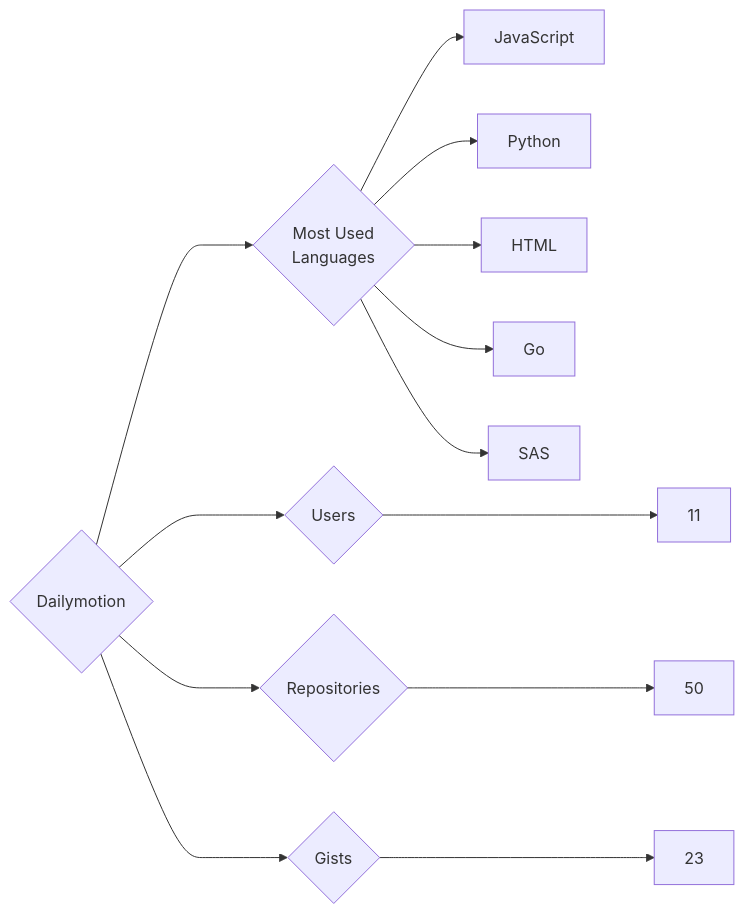
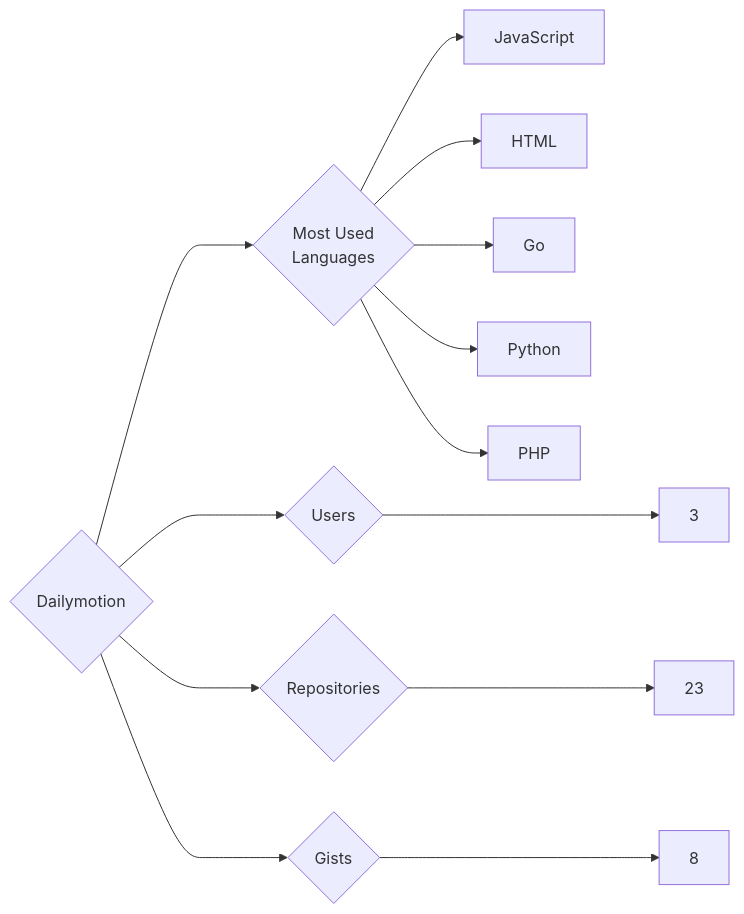
One commit to trickest/insiders changed the diagram in targets/Dailymotion/README.md. Above: the diagram before and after it, drawn with Mermaid. The commit also changed 681 other files, not shown here.

````diff
--- a/targets/Dailymotion/README.md
+++ b/targets/Dailymotion/README.md
@@ -3,13 +3,13 @@
 ```mermaid
 graph LR
 COMPANY_NAME{Dailymotion}
-COMPANY_NAME ---> U{Users} ---> UN[11]
-COMPANY_NAME ---> R{Repositories} ---> RN[50]
-COMPANY_NAME ---> G{Gists} ---> GN[23]
+COMPANY_NAME ---> U{Users} ---> UN[3]
+COMPANY_NAME ---> R{Repositories} ---> RN[23]
+COMPANY_NAME ---> G{Gists} ---> GN[8]
 COMPANY_NAME ---> ML{Most Used<br>Languages}
 ML --> JavaScript[JavaScript]
-ML --> Python[Python]
 ML --> HTML[HTML]
 ML --> Go[Go]
-ML --> SAS[SAS]
+ML --> Python[Python]
+ML --> PHP[PHP]
 ```
````
